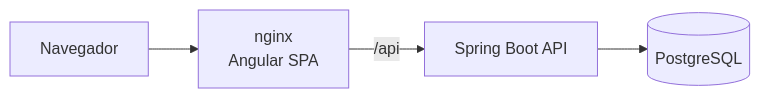
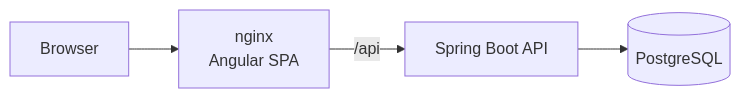
One commit to AndreSouzaTI/task-manager-fullstack changed the diagram in README.md. Above: the diagram before and after it, drawn with Mermaid. The commit also changed other lines of this file, not shown here.

````diff
--- a/README.md
+++ b/README.md
@@ -38,6 +38,6 @@
 ```mermaid
 flowchart LR
-    B[Navegador] --> N[nginx<br/>Angular SPA]
+    B[Browser] --> N[nginx<br/>Angular SPA]
     N -->|/api| A[Spring Boot API]
     A --> DB[(PostgreSQL)]
 ```
````
